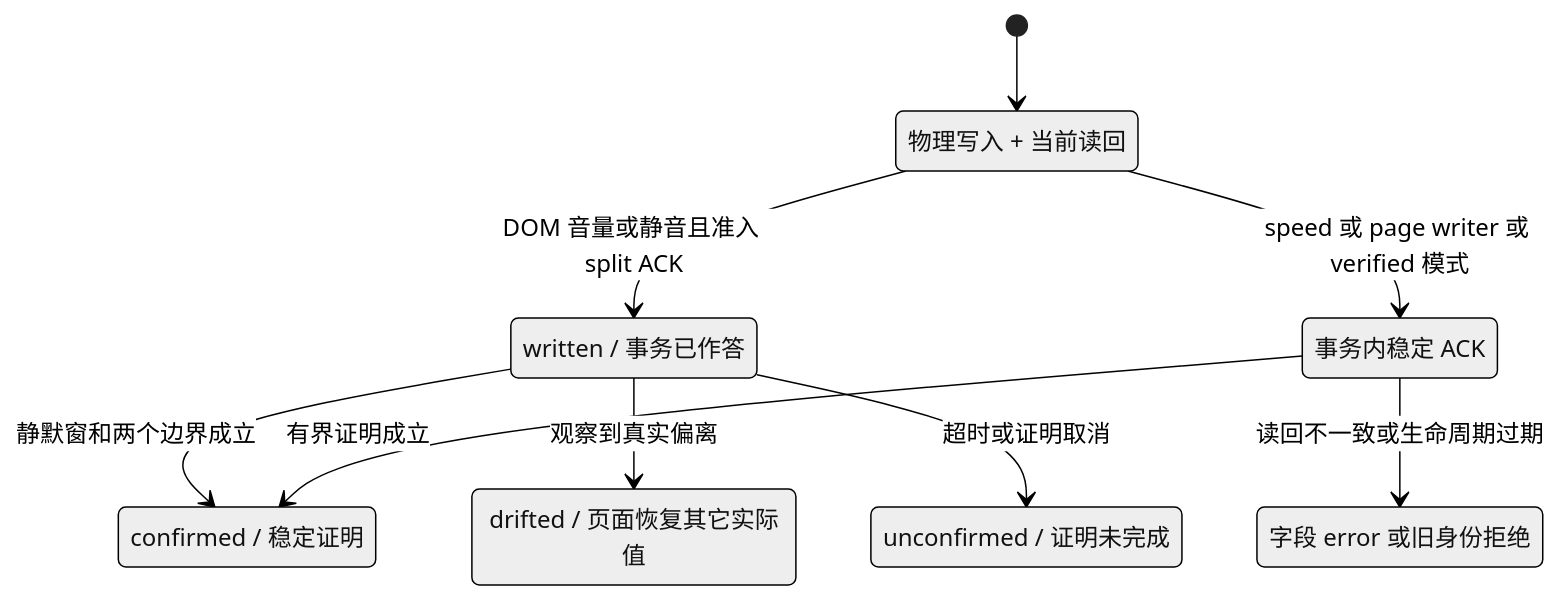
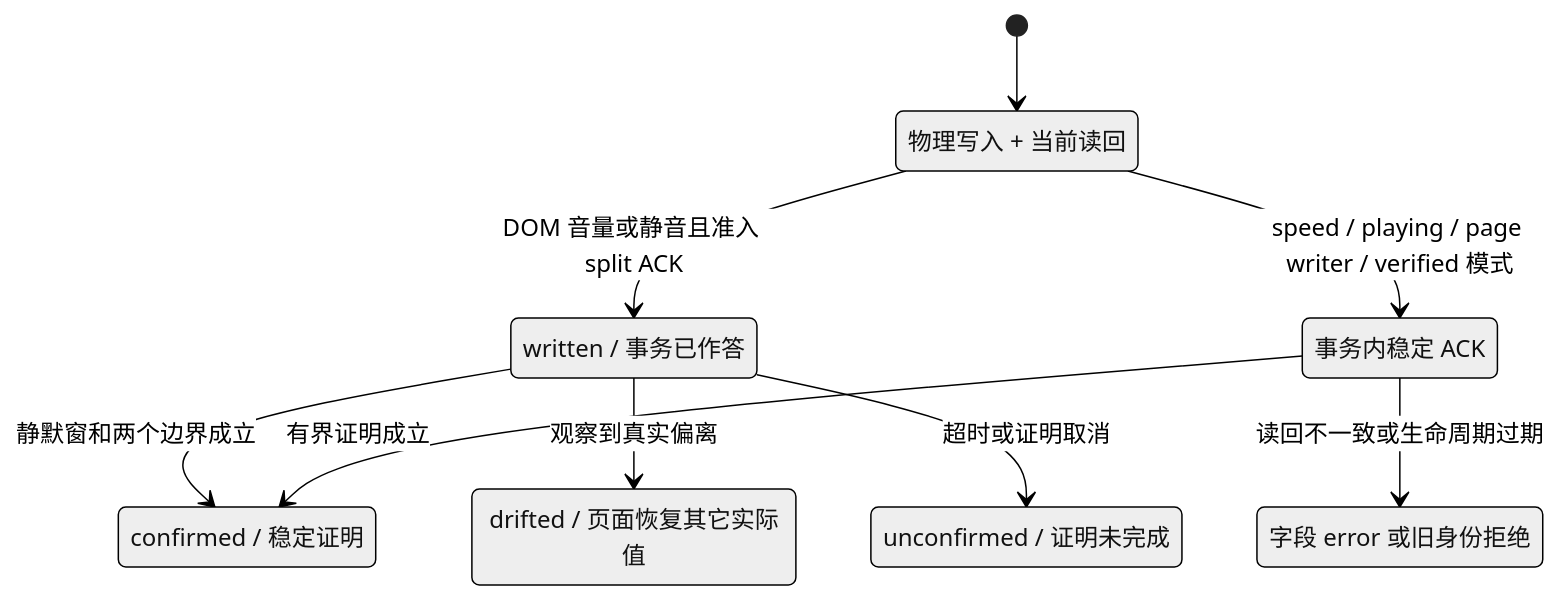
The third of 4 diagrams in nexus/apps/extension-spectra/docs/control/05-control-state.md (QzCrane/nexus), drawn with Mermaid (neutral theme) before and after one commit. The commit also changed other lines of this file and 163 other files, not shown here.

````diff
--- a/nexus/apps/extension-spectra/docs/control/05-control-state.md
+++ b/nexus/apps/extension-spectra/docs/control/05-control-state.md
@@ -146,18 +196,18 @@
 ```mermaid
 stateDiagram-v2
   state "物理写入 + 当前读回" as Write
   state "written / 事务已作答" as Written
   state "confirmed / 稳定证明" as Confirmed
   state "drifted / 页面恢复其它实际值" as Drifted
   state "unconfirmed / 证明未完成" as Unconfirmed
   state "事务内稳定 ACK" as Awaited
   state "字段 error 或旧身份拒绝" as Rejected
   [*] --> Write
   Write --> Written: DOM 音量或静音且准入 split ACK
   Written --> Confirmed: 静默窗和两个边界成立
   Written --> Drifted: 观察到真实偏离
   Written --> Unconfirmed: 超时或证明取消
-  Write --> Awaited: speed 或 page writer 或 verified 模式
+  Write --> Awaited: speed / playing / page writer / verified 模式
   Awaited --> Confirmed: 有界证明成立
   Awaited --> Rejected: 读回不一致或生命周期过期
 ```
````
